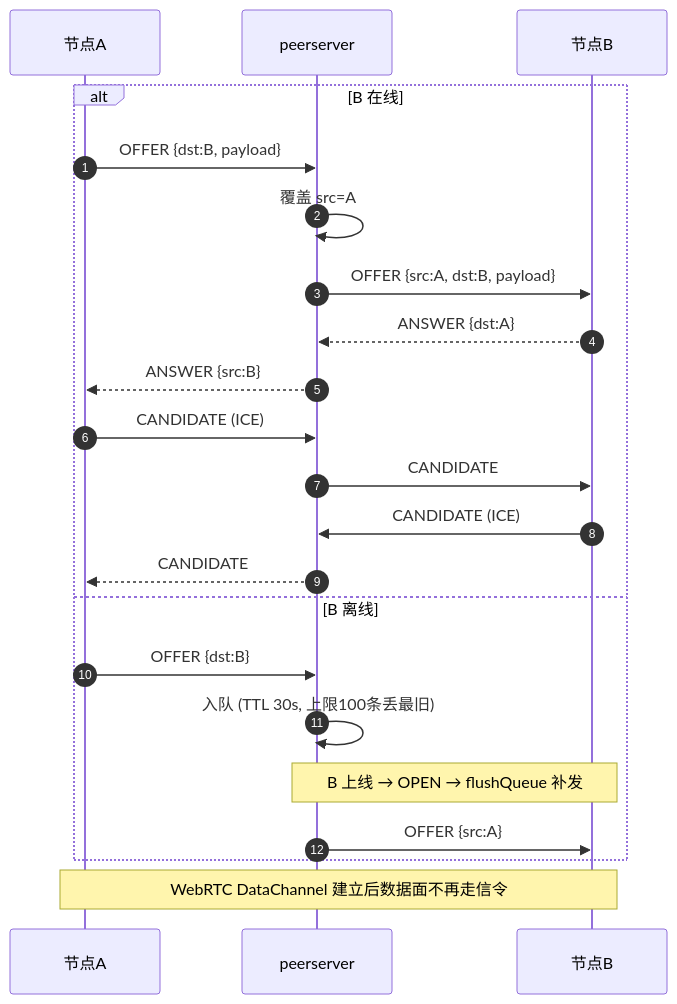
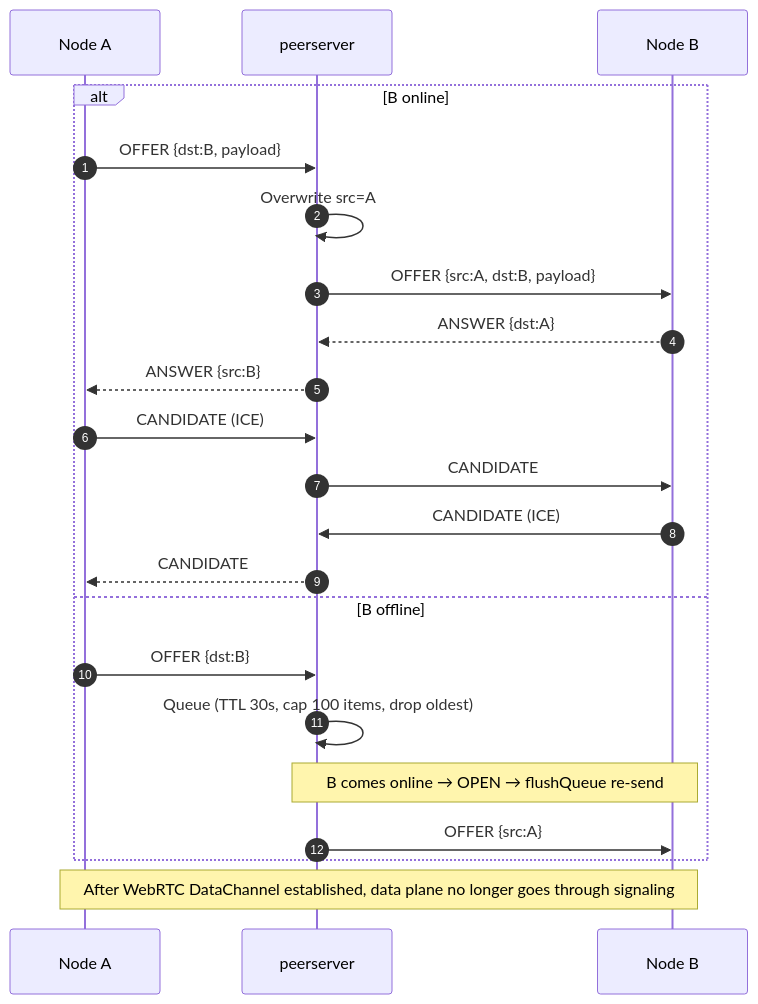
One commit to Hana-ame/peerdrive changed the second of 6 diagrams in doc/PEERSIGNAL.md. Above: the diagram before and after it, drawn with Mermaid. The commit also changed other lines of this file and 357 other files, not shown here.

````diff
--- a/doc/PEERSIGNAL.md
+++ b/doc/PEERSIGNAL.md
@@ -135,25 +135,25 @@
 ```mermaid
 sequenceDiagram
     autonumber
-    participant A as 节点A
+    participant A as Node A
     participant S as peerserver
-    participant B as 节点B
+    participant B as Node B
 
-    alt B 在线
+    alt B online
         A->>S: OFFER {dst:B, payload}
-        S->>S: 覆盖 src=A
+        S->>S: Overwrite src=A
         S->>B: OFFER {src:A, dst:B, payload}
         B-->>S: ANSWER {dst:A}
         S-->>A: ANSWER {src:B}
         A->>S: CANDIDATE (ICE)
         S->>B: CANDIDATE
         B->>S: CANDIDATE (ICE)
         S-->>A: CANDIDATE
-    else B 离线
+    else B offline
         A->>S: OFFER {dst:B}
-        S->>S: 入队 (TTL 30s, 上限100条丢最旧)
-        Note over B,S: B 上线 → OPEN → flushQueue 补发
+        S->>S: Queue (TTL 30s, cap 100 items, drop oldest)
+        Note over B,S: B comes online → OPEN → flushQueue re-send
         S->>B: OFFER {src:A}
     end
-    Note over A,B: WebRTC DataChannel 建立后数据面不再走信令
+    Note over A,B: After WebRTC DataChannel established, data plane no longer goes through signaling
 ```
````
